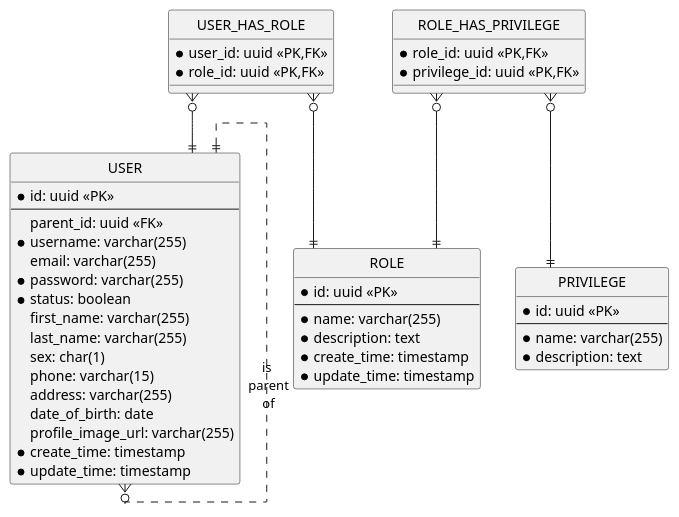
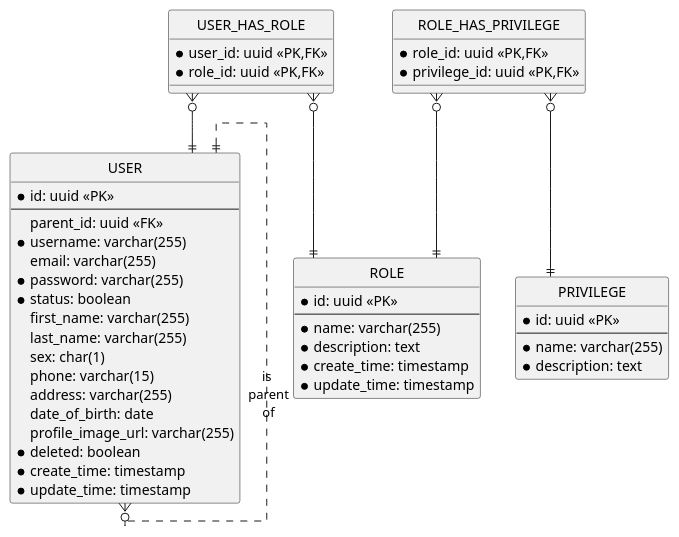
One commit to chungnguyenbkcse/ERD-USECASE-KIDSDRAWING changed the first of 12 diagrams in erd.md. Above: the diagram before and after it, drawn with PlantUML. The commit also changed other lines of this file, not shown here.

Commit message:
add user_register_tutorial, add field deleted

````diff
--- a/erd.md
+++ b/erd.md
@@ -5,62 +5,63 @@
 ```plantuml
 @startuml user_service
 ' hide the spot
 hide circle
 
 ' avoid problems with angled crows feet
 skinparam linetype ortho
 
 entity "USER" as user {
     * id: uuid <<PK>>
     --
     parent_id: uuid <<FK>>
     * username: varchar(255)
     email: varchar(255)
     * password: varchar(255)
     * status: boolean 
     first_name: varchar(255)
     last_name: varchar(255)
     sex: char(1)
     phone: varchar(15)
     address: varchar(255)
     date_of_birth: date
     profile_image_url: varchar(255)
+    * deleted: boolean
     * create_time: timestamp
     * update_time: timestamp
 }
 
 entity "ROLE" as role {
     * id: uuid <<PK>>
     --
     * name: varchar(255)
     * description: text
     * create_time: timestamp
     * update_time: timestamp
 }
 
 entity "PRIVILEGE" as privilege {
     * id: uuid <<PK>>
     --
     * name: varchar(255)
     * description: text
 }
 
 entity "USER_HAS_ROLE" as user_has_role {
     * user_id: uuid <<PK,FK>>
     * role_id: uuid <<PK,FK>>
 }
 
 entity "ROLE_HAS_PRIVILEGE" as role_has_privilege {
     * role_id: uuid <<PK,FK>>
     * privilege_id: uuid <<PK,FK>>
 }
 
 ' Authenticatin Relationship
 
 user ||..o{ user: is\n parent\n of
 user_has_role }o--|| user
 user_has_role }o--|| role
 role_has_privilege }o--|| role
 role_has_privilege }o--|| privilege
 @enduml
 ```
````
